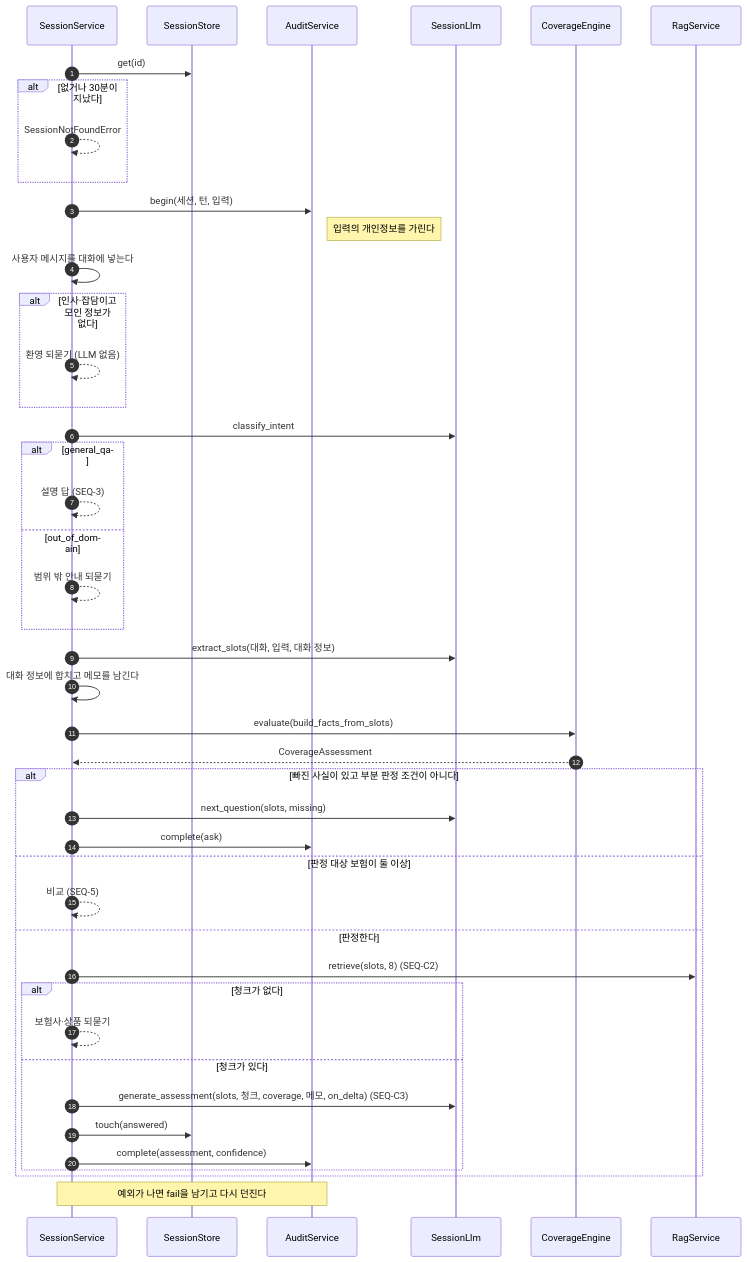
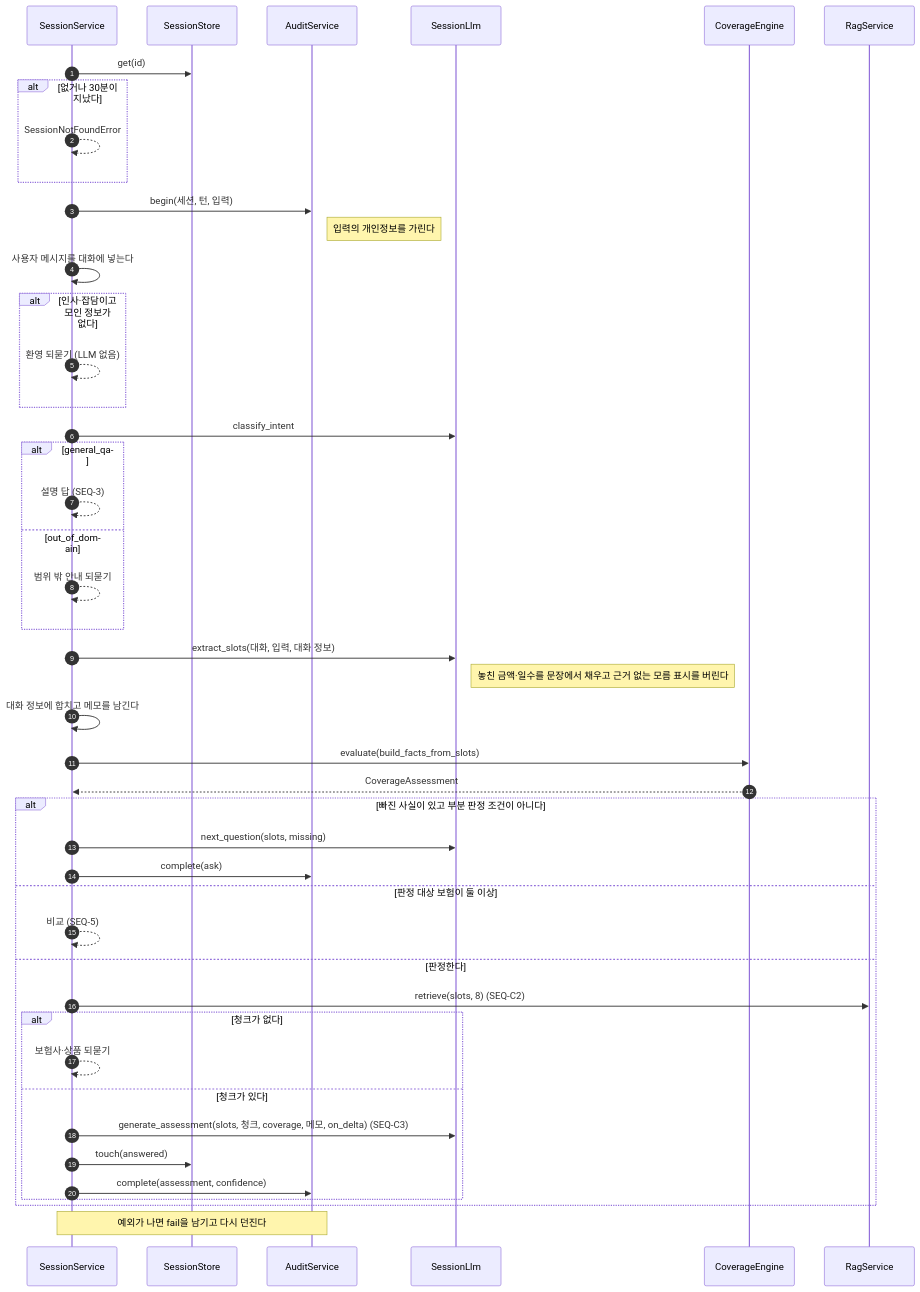
One commit to HoyoungParkme/Insurance-Helper changed diagram 12 of 15 in docs/specs/09-SEQ/INS-SEQ-002.md. Above: the diagram before and after it, drawn with Mermaid. The commit also changed other lines of this file, not shown here.

````diff
--- a/docs/specs/09-SEQ/INS-SEQ-002.md
+++ b/docs/specs/09-SEQ/INS-SEQ-002.md
@@ -495,46 +500,47 @@
 ```mermaid
 sequenceDiagram
     autonumber
     participant SS as SessionService
     participant ST as SessionStore
     participant AU as AuditService
     participant SL as SessionLlm
     participant CE as CoverageEngine
     participant RS as RagService
     SS->>ST: get(id)
     alt 없거나 30분이 지났다
         SS-->>SS: SessionNotFoundError
     end
     SS->>AU: begin(세션, 턴, 입력)
     Note right of AU: 입력의 개인정보를 가린다
     SS->>SS: 사용자 메시지를 대화에 넣는다
     alt 인사·잡담이고 모인 정보가 없다
         SS-->>SS: 환영 되묻기 (LLM 없음)
     end
     SS->>SL: classify_intent
     alt general_qa
         SS-->>SS: 설명 답 (SEQ-3)
     else out_of_domain
         SS-->>SS: 범위 밖 안내 되묻기
     end
     SS->>SL: extract_slots(대화, 입력, 대화 정보)
+    Note right of SL: 놓친 금액·일수를 문장에서 채우고 근거 없는 모름 표시를 버린다
     SS->>SS: 대화 정보에 합치고 메모를 남긴다
     SS->>CE: evaluate(build_facts_from_slots)
     CE-->>SS: CoverageAssessment
     alt 빠진 사실이 있고 부분 판정 조건이 아니다
         SS->>SL: next_question(slots, missing)
         SS->>AU: complete(ask)
     else 판정 대상 보험이 둘 이상
         SS-->>SS: 비교 (SEQ-5)
     else 판정한다
         SS->>RS: retrieve(slots, 8) (SEQ-C2)
         alt 청크가 없다
             SS-->>SS: 보험사·상품 되묻기
         else 청크가 있다
             SS->>SL: generate_assessment(slots, 청크, coverage, 메모, on_delta) (SEQ-C3)
             SS->>ST: touch(answered)
             SS->>AU: complete(assessment, confidence)
         end
     end
     Note over SS,AU: 예외가 나면 fail을 남기고 다시 던진다
 ```
````
